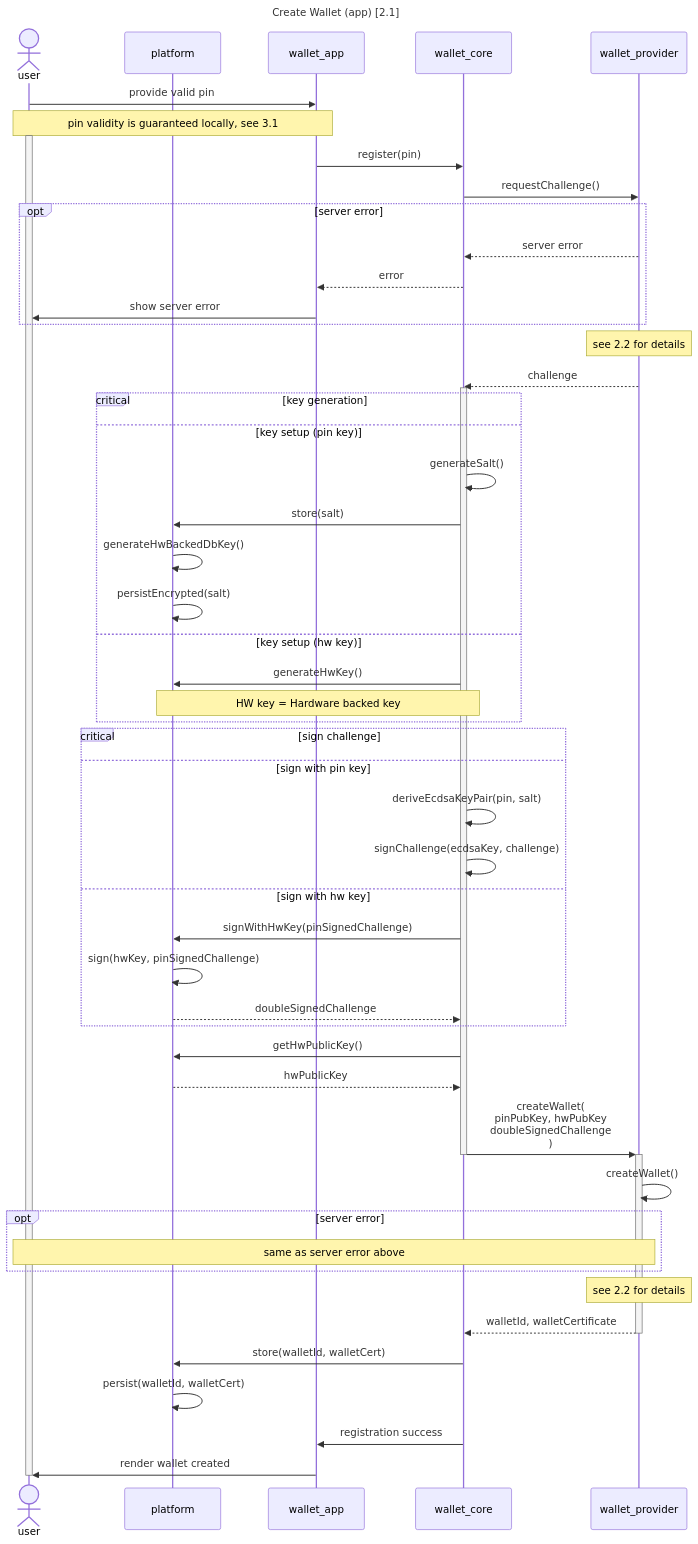
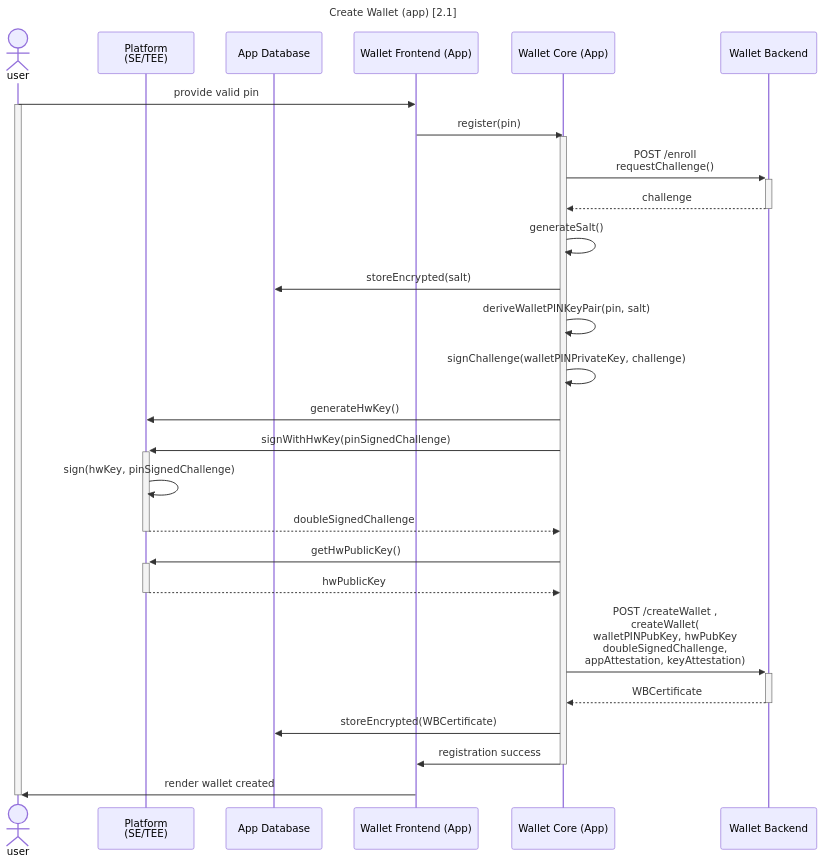
The first of 2 diagrams in wallet_docs/architecture/use-cases/wallet-creation.md (MinBZK/nl-wallet), drawn with Mermaid before and after one commit. The commit also changed other lines of this file and 3 other files, not shown here.

Commit message:
updated C4 and sequence diagrams

````diff
--- a/wallet_docs/architecture/use-cases/wallet-creation.md
+++ b/wallet_docs/architecture/use-cases/wallet-creation.md
@@ -7,58 +7,34 @@
 ```{mermaid}
 sequenceDiagram
-    %% Force ordering by explicitly setting up participants
     actor user
-    participant platform
-    participant wallet_app
-    participant wallet_core
-    participant wallet_provider
+    participant platform as Platform<br/> (SE/TEE)
+    participant db as App Database
+    participant wallet_app as Wallet Frontend (App)
+    participant wallet_core as Wallet Core (App)
+    participant wallet_provider as Wallet Backend
     title Create Wallet (app) [2.1]
 
     user->>wallet_app: provide valid pin
-    note over user, wallet_app: pin validity is guaranteed locally, see 3.1
     activate user
         wallet_app->>wallet_core: register(pin)
-        wallet_core->>wallet_provider: requestChallenge()
-        opt server error
-        wallet_provider-->>wallet_core: server error
-            wallet_core-->>wallet_app: error
-            wallet_app->>user: show server error
-        end
-        note over wallet_provider,wallet_provider: see 2.2 for details
-        wallet_provider-->>wallet_core: challenge
         activate wallet_core
-        critical key generation
-            option key setup (pin key)
-                wallet_core->>wallet_core: generateSalt()
-                wallet_core->>platform: store(salt)
-                platform->>platform: generateHwBackedDbKey()
-                platform->>platform: persistEncrypted(salt)
-            option key setup (hw key)
-                wallet_core->>platform: generateHwKey()
-                note over platform, wallet_core: HW key = Hardware backed key
-        end
-        critical sign challenge
-            option sign with pin key
-                wallet_core->>wallet_core: deriveEcdsaKeyPair(pin, salt)
-                wallet_core->>wallet_core: signChallenge(ecdsaKey, challenge)
-            option sign with hw key
-                wallet_core->>platform: signWithHwKey(pinSignedChallenge)
-                platform->>platform: sign(hwKey, pinSignedChallenge)
-                platform-->>wallet_core: doubleSignedChallenge
-        end
-        wallet_core->>platform: getHwPublicKey()
-        platform-->>wallet_core: hwPublicKey
-        wallet_core->>+wallet_provider: createWallet(<br/>pinPubKey, hwPubKey<br/>doubleSignedChallenge<br/>)
+        wallet_core->>+wallet_provider: POST /enroll<br/> requestChallenge()
+        wallet_provider-->>-wallet_core: challenge
+        wallet_core->>wallet_core: generateSalt()
+        wallet_core->>db: storeEncrypted(salt)
+        wallet_core->>wallet_core: deriveWalletPINKeyPair(pin, salt)
+        wallet_core->>wallet_core: signChallenge(walletPINPrivateKey, challenge)
+        wallet_core->>platform: generateHwKey()
+        wallet_core->>+platform: signWithHwKey(pinSignedChallenge)
+        platform->>platform: sign(hwKey, pinSignedChallenge)
+        platform-->>-wallet_core: doubleSignedChallenge
+        wallet_core->>+platform: getHwPublicKey()
+        platform-->>-wallet_core: hwPublicKey
+        wallet_core->>+wallet_provider: POST /createWallet ,<br/>createWallet(<br/>walletPINPubKey, hwPubKey<br/>doubleSignedChallenge,<br/> appAttestation, keyAttestation)
+        wallet_provider-->>-wallet_core: WBCertificate
+        wallet_core->>db: storeEncrypted(WBCertificate)
+        wallet_core->>wallet_app: registration success
         deactivate wallet_core
-        wallet_provider->>wallet_provider: createWallet()
-        opt server error
-            note over wallet_provider,user: same as server error above
-        end
-        note over wallet_provider,wallet_provider: see 2.2 for details
-        wallet_provider-->>-wallet_core: walletId, walletCertificate
-        wallet_core->>platform: store(walletId, walletCert)
-        platform->>platform: persist(walletId, walletCert)
-        wallet_core->>wallet_app: registration success
         wallet_app->>user: render wallet created
     deactivate user
 ```
````
